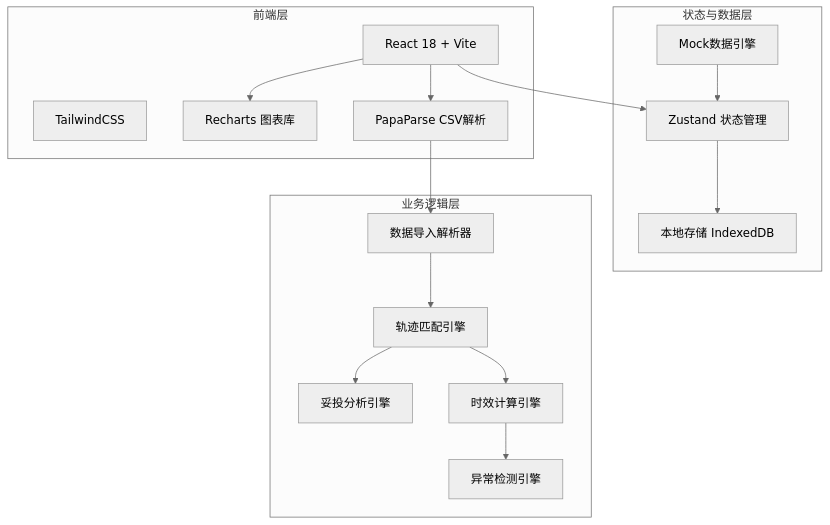
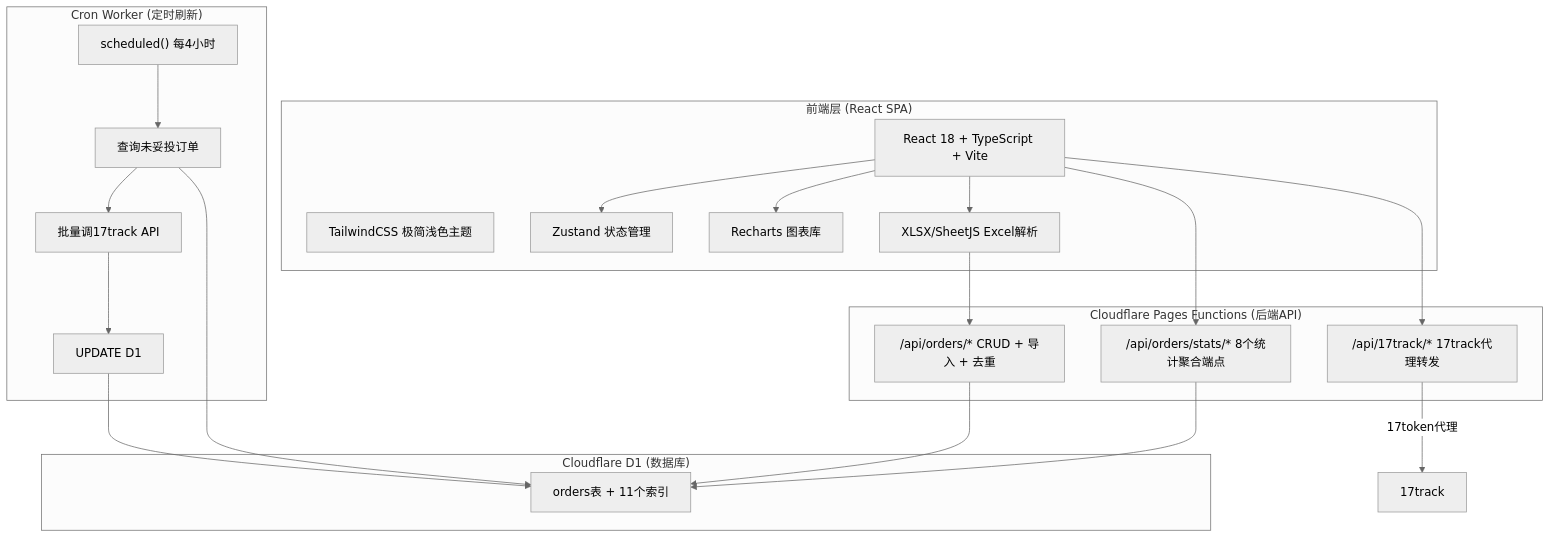
One commit to jameszeng222/logistics-tracker changed the diagram in .trae/documents/technical-architecture.md. Above: the diagram before and after it, drawn with Mermaid (neutral theme). The commit also changed other lines of this file and 12 other files, not shown here.

Commit message:
feat: cron worker for auto refresh + remove old worker + rewrite PRD

````diff
--- a/.trae/documents/technical-architecture.md
+++ b/.trae/documents/technical-architecture.md
@@ -3,31 +3,36 @@
 ```mermaid
 graph TB
-    subgraph "前端层"
-        A["React 18 + Vite"]
-        B["TailwindCSS"]
+    subgraph "前端层 (React SPA)"
+        A["React 18 + TypeScript + Vite"]
+        B["TailwindCSS 极简浅色主题"]
         C["Recharts 图表库"]
-        D["PapaParse CSV解析"]
+        D["Zustand 状态管理"]
+        E["XLSX/SheetJS Excel解析"]
     end
-    subgraph "状态与数据层"
-        E["Zustand 状态管理"]
-        F["本地存储 IndexedDB"]
-        G["Mock数据引擎"]
+    subgraph "Cloudflare Pages Functions (后端API)"
+        F["/api/orders/* CRUD + 导入 + 去重"]
+        G["/api/orders/stats/* 8个统计聚合端点"]
+        H["/api/17track/* 17track代理转发"]
     end
-    subgraph "业务逻辑层"
-        H["数据导入解析器"]
-        I["轨迹匹配引擎"]
-        J["妥投分析引擎"]
-        K["时效计算引擎"]
-        L["异常检测引擎"]
+    subgraph "Cloudflare D1 (数据库)"
+        I["orders表 + 11个索引"]
     end
+    subgraph "Cron Worker (定时刷新)"
+        J["scheduled() 每4小时"]
+        K["查询未妥投订单"]
+        L["批量调17track API"]
+        M["UPDATE D1"]
+    end
+    A --> D
+    A --> C
     A --> E
     E --> F
-    A --> C
-    A --> D
-    D --> H
-    H --> I
-    I --> J
-    I --> K
-    K --> L
-    G --> E
+    A --> G
+    A --> H
+    F --> I
+    G --> I
+    H --> |"17token代理"| 17track
+    J --> K --> L --> M
+    K --> I
+    M --> I
 ```
````
